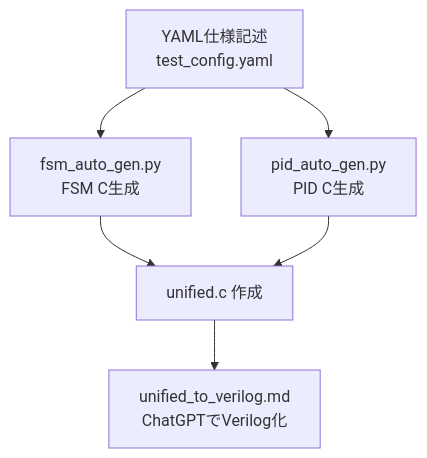
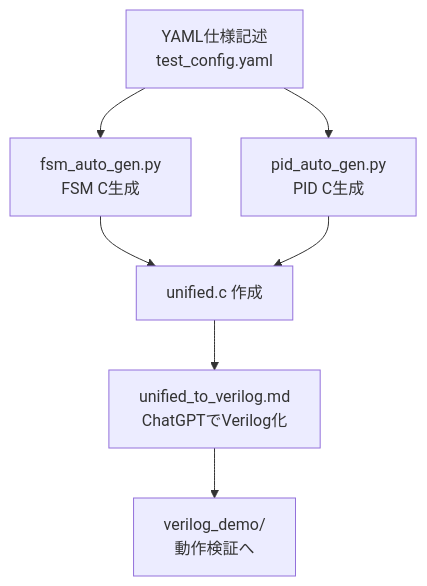
Before and after one commit to Samizo-AITL/AITL-H: the diagram in PoC/auto_generator/README.md, drawn with Mermaid. The commit also changed other lines of this file, not shown here.

````diff
--- a/PoC/auto_generator/README.md
+++ b/PoC/auto_generator/README.md
@@ -10,7 +11,8 @@
 ```mermaid
 flowchart TD
     A[YAML仕様記述<br>test_config.yaml] --> B[fsm_auto_gen.py<br>FSM C生成]
     A --> C[pid_auto_gen.py<br>PID C生成]
     B & C --> D[unified.c 作成]
     D --> E[unified_to_verilog.md<br>ChatGPTでVerilog化]
+    E --> F[verilog_demo/<br>動作検証へ]
 ```
````
